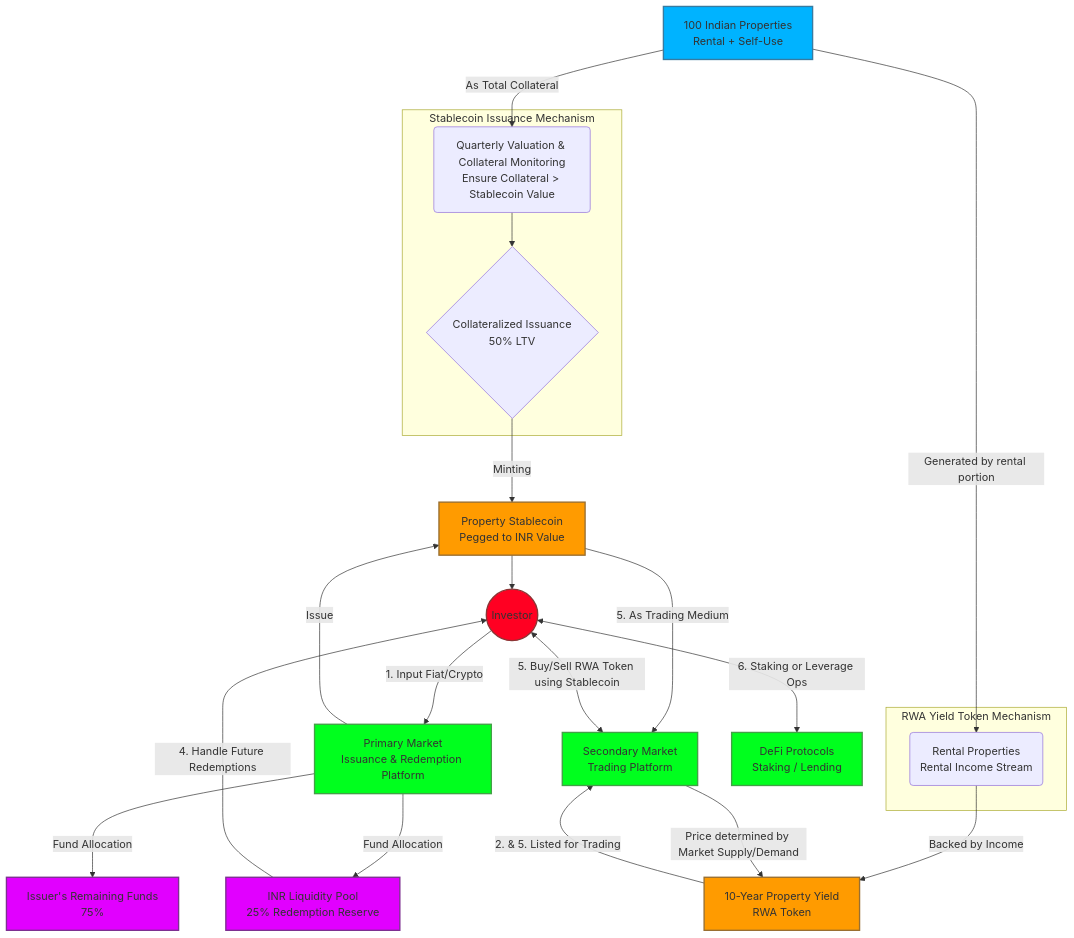
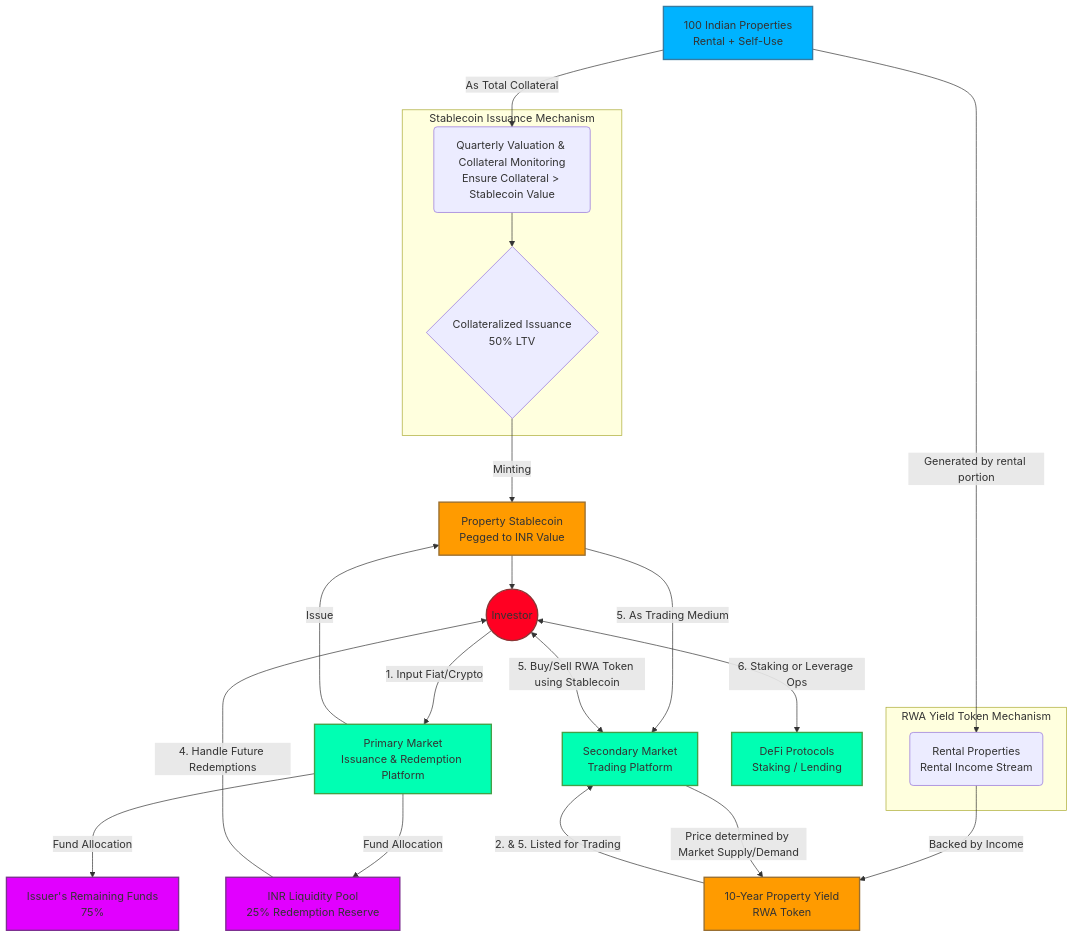
The diagram in Real Estate RWA Stablecoin Market Flow.md (realmatterio/web3), drawn with Mermaid before and after one commit.

Commit message:
Update Real Estate RWA Stablecoin Market Flow.md

````diff
--- a/Real Estate RWA Stablecoin Market Flow.md
+++ b/Real Estate RWA Stablecoin Market Flow.md
@@ -9,68 +9,68 @@
 ```mermaid
 graph TD
     %% Define Styles
     classDef asset fill:#00B3FF,stroke:#377BA1,stroke-width:2px;
     classDef token fill:#FF9B00,stroke:#996F31,stroke-width:2px;
-    classDef market fill:#00FF1E,stroke:#43a047,stroke-width:2px;
+    classDef market fill:#00FFB3,stroke:#43a047,stroke-width:2px;
     classDef pool fill:#E100FF,stroke:#7D3091,stroke-width:2px;
     classDef actor fill:#FF0022,stroke:#8C3535,stroke-width:2px;
 
     %% Core Asset Layer
     Property[100 Indian Properties<br>Rental + Self-Use]:::asset
 
     %% Mechanism Layer: Stablecoin Issuance & Monitoring
     subgraph Stablecoin Issuance Mechanism
         Valuation(Quarterly Valuation & Collateral Monitoring<br>Ensure Collateral > Stablecoin Value)
         Minting{Collateralized Issuance<br>50% LTV}
     end
 
     %% Mechanism Layer: RWA Yield Token Issuance
     subgraph RWA Yield Token Mechanism
         RentalIncome(Rental Properties<br>Rental Income Stream)
     end
 
     %% Token Product Layer
     Stablecoin[Property Stablecoin<br>Pegged to INR Value]:::token
     RWAToken[10-Year Property Yield<br>RWA Token]:::token
 
     %% Market & Pool Layer
     PrimaryMarket[Primary Market<br>Issuance & Redemption Platform]:::market
     SecondaryMarket[Secondary Market<br>Trading Platform]:::market
     LiquidityPool[INR Liquidity Pool<br>25% Redemption Reserve]:::pool
     IssuerFund[Issuer's Remaining Funds<br>75%]:::pool
     DeFiProtos[DeFi Protocols<br>Staking / Lending]:::market
 
     %% Participants
     Investor((Investor)):::actor
 
     %% Flow Connections - Stablecoin Path
     Property -->|As Total Collateral| Valuation
     Valuation --> Minting
     Minting -->|Minting| Stablecoin
 
     Investor -->|1. Input Fiat/Crypto| PrimaryMarket
     PrimaryMarket -->|Issue| Stablecoin --> Investor
     PrimaryMarket -->|Fund Allocation| LiquidityPool
     PrimaryMarket -->|Fund Allocation| IssuerFund
 
     LiquidityPool -->|4. Handle Future Redemptions| Investor
     Investor <-->|6. Staking or Leverage Ops| DeFiProtos
 
     %% Flow Connections - RWA Token Path
     Property -->|Generated by rental portion| RentalIncome
     RentalIncome -->|Backed by Income| RWAToken
 
     %% Flow Connections - Secondary Market Interaction
     RWAToken -->|2. & 5. Listed for Trading| SecondaryMarket
     Stablecoin -->|5. As Trading Medium| SecondaryMarket
     Investor <-->|5. Buy/Sell RWA Token using Stablecoin| SecondaryMarket
     SecondaryMarket -->|Price determined by Market Supply/Demand| RWAToken
 
     %% Key to User Points:
     %% 1. Collateralized Stablecoin & Quarterly Valuation (Valuation, Minting, Stablecoin)
     %% 2. Rental Income back RWA Token (RentalIncome, RWAToken)
     %% 3. Primary Market Issuance (PrimaryMarket, Investor)
     %% 4. 25% Liquidity Pool Reserve (LiquidityPool)
     %% 5. Secondary Market RWA Trading (SecondaryMarket, Stablecoin as medium)
     %% 6. DeFi Operations (DeFiProtos)
 ```
````
